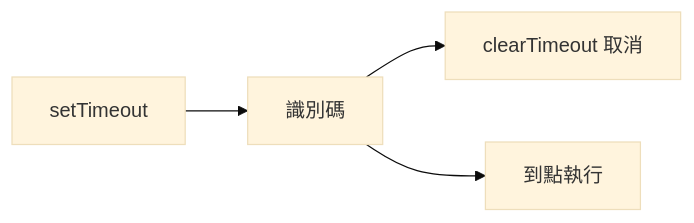
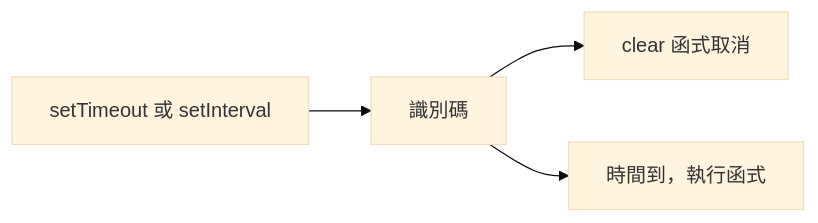
The sixth of 12 diagrams in source/_posts/lokiTech-15day-07-js-dom.md (summer10920/summer10920.github.io), drawn with Mermaid (base theme) before and after one commit. The commit also changed other lines of this file and 17 other files, not shown here.

```diff
--- a/source/_posts/lokiTech-15day-07-js-dom.md
+++ b/source/_posts/lokiTech-15day-07-js-dom.md
@@ -1542,5 +1159,5 @@
 {% mermaid graph LR %}
-setNode["setTimeout"] --> idNode["識別碼"]
-idNode --> clearNode["clearTimeout 取消"]
-idNode --> runNode["到點執行"]
+setNode["setTimeout 或 setInterval"] --> idNode["識別碼"]
+idNode --> clearNode["clear 函式取消"]
+idNode --> runNode["時間到，執行函式"]
 {% endmermaid %}
```
